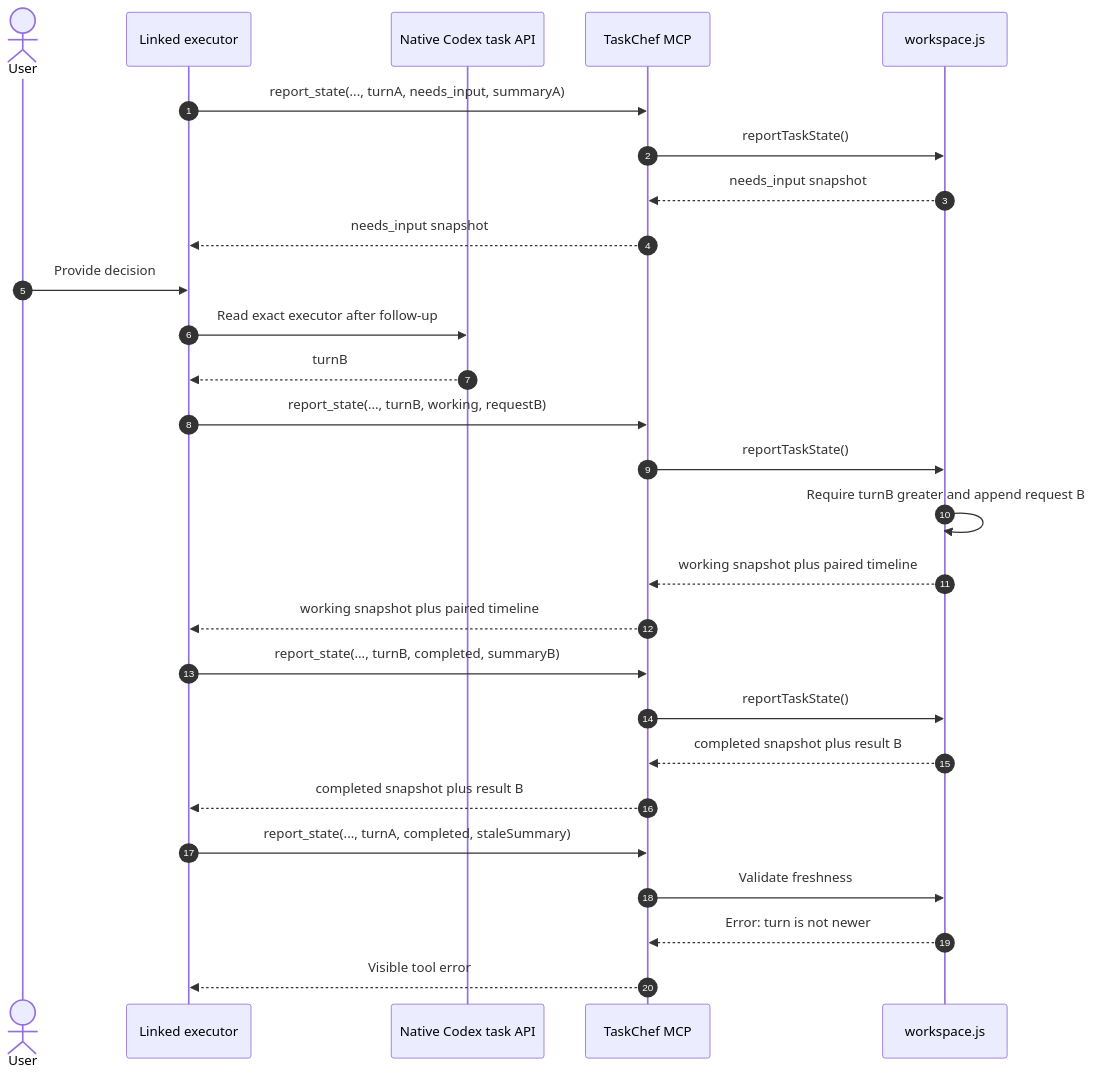
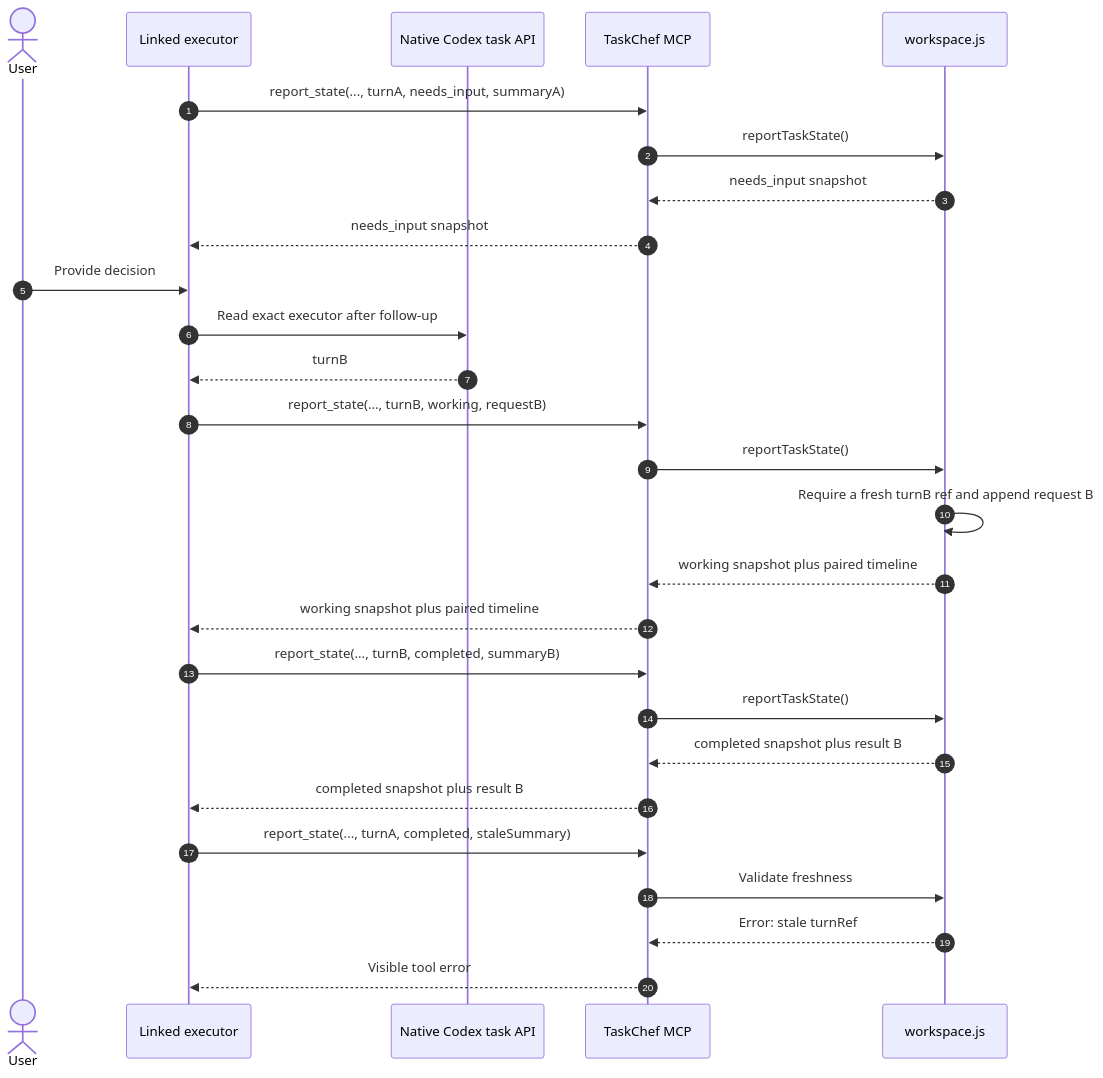
Before and after one commit to favoyang/taskchef: the fourth of 8 diagrams in docs/workflows.md, drawn with Mermaid. The commit also changed other lines of this file and 14 other files, not shown here.

Commit message:
feat: add turnRef lifecycle identity

````diff
--- a/docs/workflows.md
+++ b/docs/workflows.md
@@ -167,29 +173,29 @@
 ```mermaid
 sequenceDiagram
   autonumber
   actor U as User
   participant E as Linked executor
   participant C as Native Codex task API
   participant M as TaskChef MCP
   participant W as workspace.js
   E->>M: report_state(..., turnA, needs_input, summaryA)
   M->>W: reportTaskState()
   W-->>M: needs_input snapshot
   M-->>E: needs_input snapshot
   U->>E: Provide decision
   E->>C: Read exact executor after follow-up
   C-->>E: turnB
   E->>M: report_state(..., turnB, working, requestB)
   M->>W: reportTaskState()
-  W->>W: Require turnB greater and append request B
+  W->>W: Require a fresh turnB ref and append request B
   W-->>M: working snapshot plus paired timeline
   M-->>E: working snapshot plus paired timeline
   E->>M: report_state(..., turnB, completed, summaryB)
   M->>W: reportTaskState()
   W-->>M: completed snapshot plus result B
   M-->>E: completed snapshot plus result B
   E->>M: report_state(..., turnA, completed, staleSummary)
   M->>W: Validate freshness
-  W-->>M: Error: turn is not newer
+  W-->>M: Error: stale turnRef
   M-->>E: Visible tool error
 ```
````
